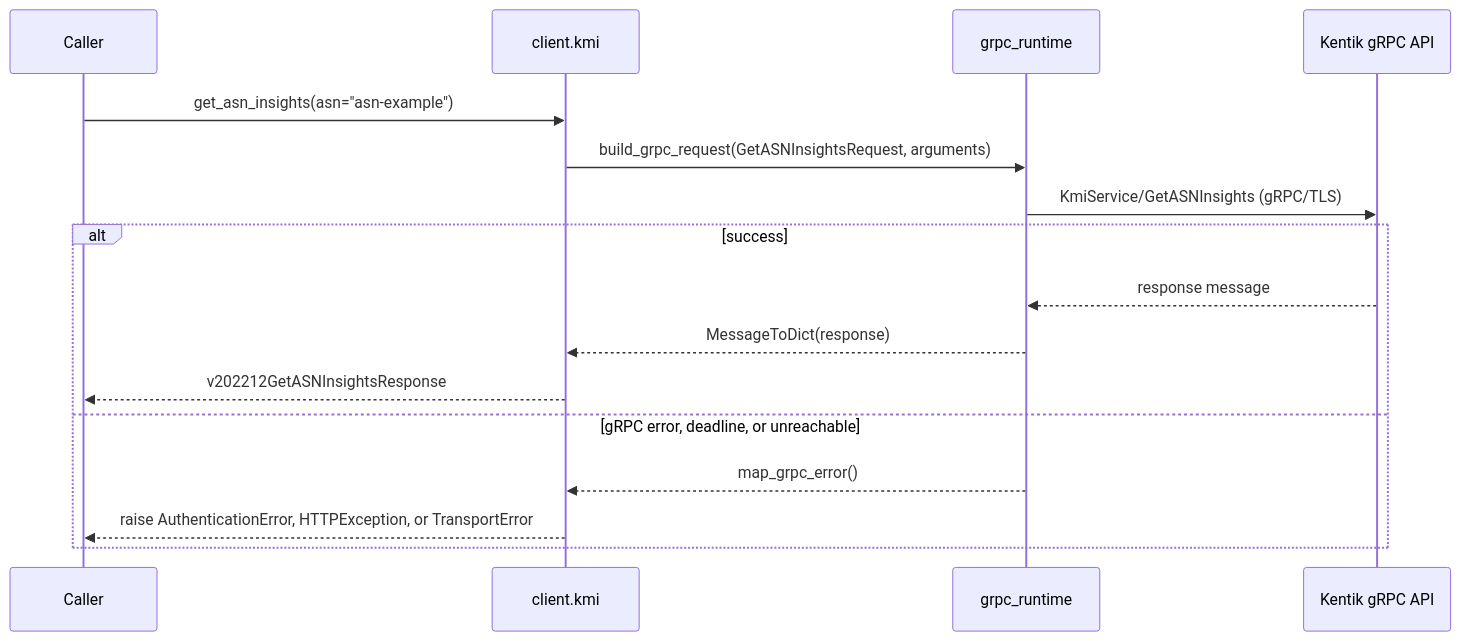
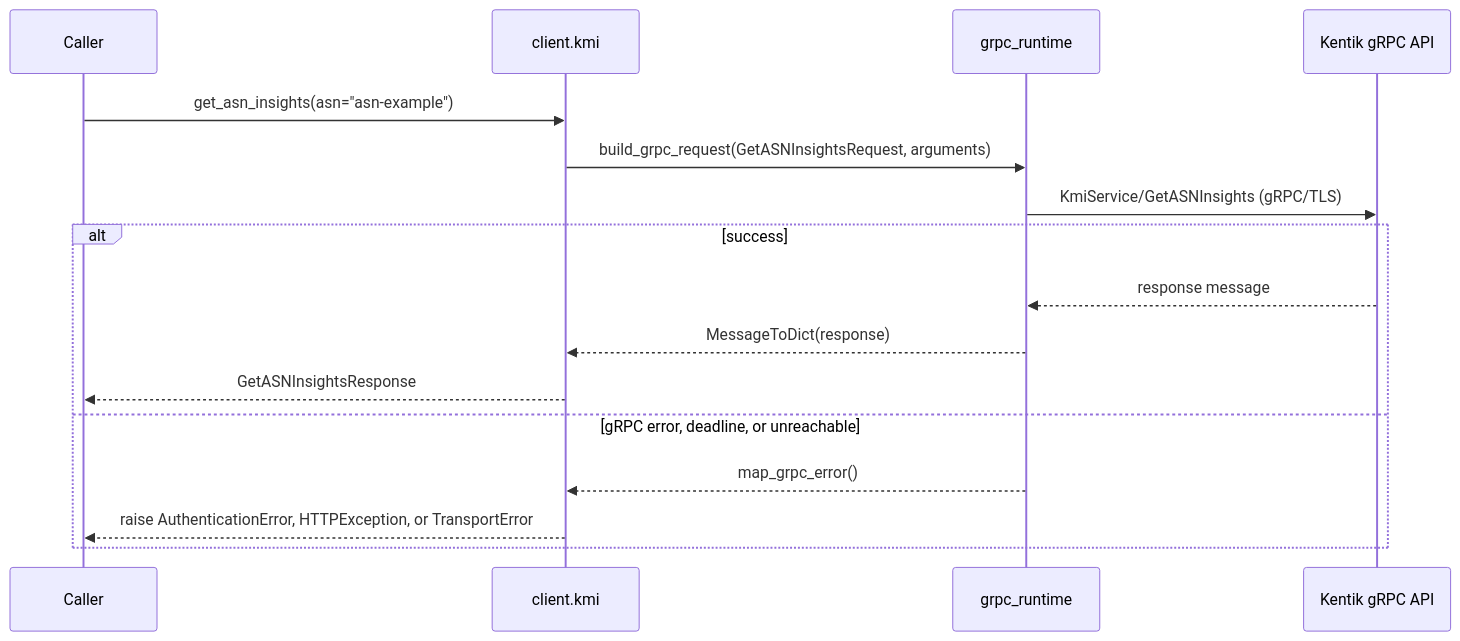
The fifth of 12 diagrams in docs/sphinx/services/kmi.md (alexdearaujo/community_sdk_python), drawn with Mermaid before and after one commit. The commit also changed other lines of this file and 38 other files, not shown here.

````diff
--- a/docs/sphinx/services/kmi.md
+++ b/docs/sphinx/services/kmi.md
@@ -138,19 +138,19 @@
 ```mermaid
 sequenceDiagram
     participant C as Caller
     participant W as client.kmi
     participant R as grpc_runtime
     participant API as Kentik gRPC API
 
     C->>W: get_asn_insights(asn="asn-example")
     W->>R: build_grpc_request(GetASNInsightsRequest, arguments)
     R->>API: KmiService/GetASNInsights (gRPC/TLS)
     alt success
         API-->>R: response message
         R-->>W: MessageToDict(response)
-        W-->>C: v202212GetASNInsightsResponse
+        W-->>C: GetASNInsightsResponse
     else gRPC error, deadline, or unreachable
         R-->>W: map_grpc_error()
         W-->>C: raise AuthenticationError, HTTPException, or TransportError
     end
 ```
````
